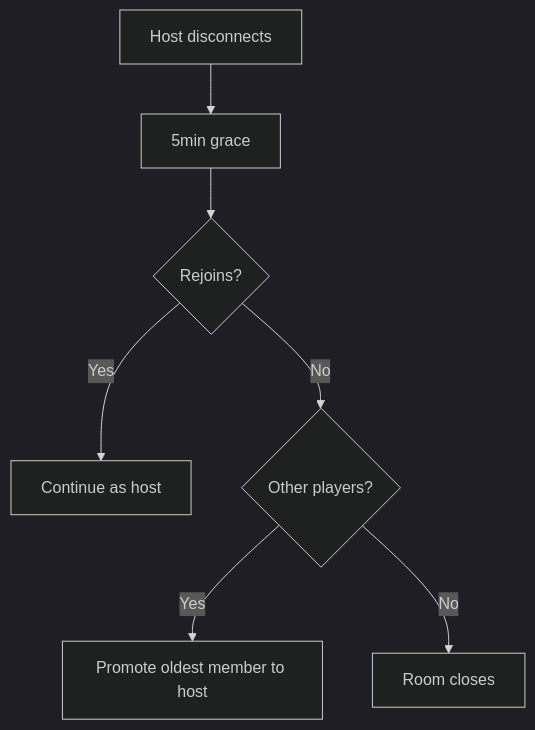
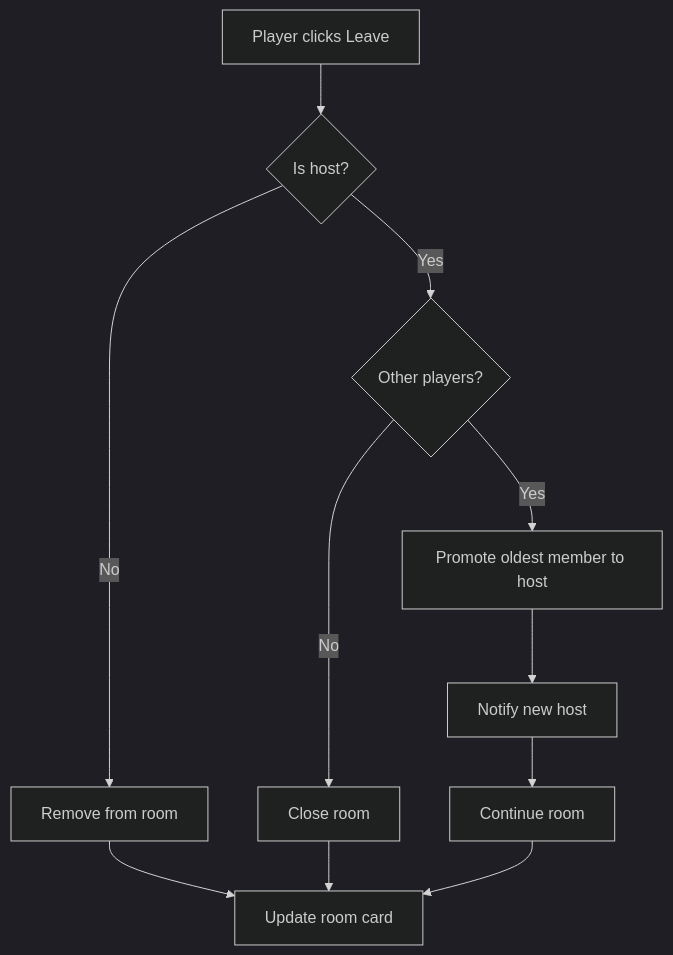
Before and after one commit to naruto716/HexLink: the sixth of 7 diagrams in Requirements/room_lifecycle.md, drawn with Mermaid (dark theme). The commit also changed other lines of this file, not shown here.

Commit message:
Add room lifecycle

````diff
--- a/Requirements/room_lifecycle.md
+++ b/Requirements/room_lifecycle.md
@@ -233,9 +228,15 @@
 ```mermaid
 flowchart TD
-    A[Host disconnects] --> B[5min grace]
-    B --> C{Rejoins?}
-    C -->|Yes| D[Continue as host]
-    C -->|No| E{Other players?}
-    E -->|Yes| F[Promote oldest member to host]
-    E -->|No| G[Room closes]
+    A[Player clicks Leave] --> B{Is host?}
+    B -->|No| C[Remove from room]
+    B -->|Yes| D{Other players?}
+    D -->|Yes| E[Promote oldest member to host]
+    D -->|No| F[Close room]
+    
+    E --> G[Notify new host]
+    G --> H[Continue room]
+    
+    C --> I[Update room card]
+    F --> I
+    H --> I
 ```
````
